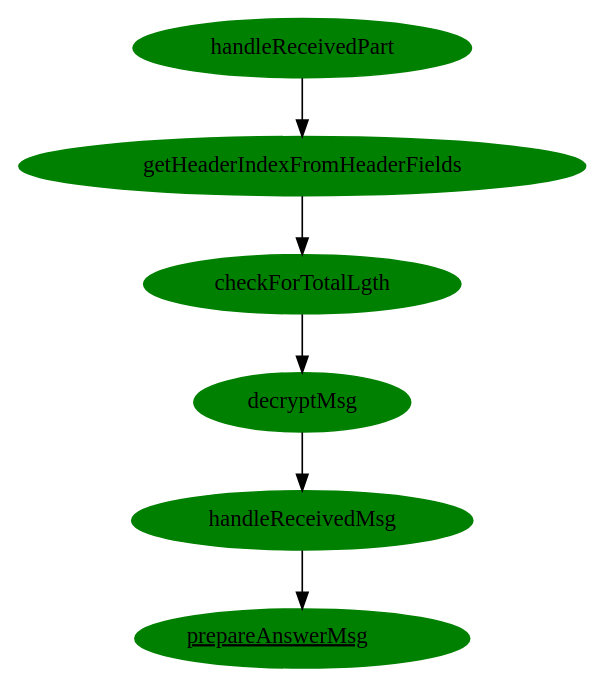
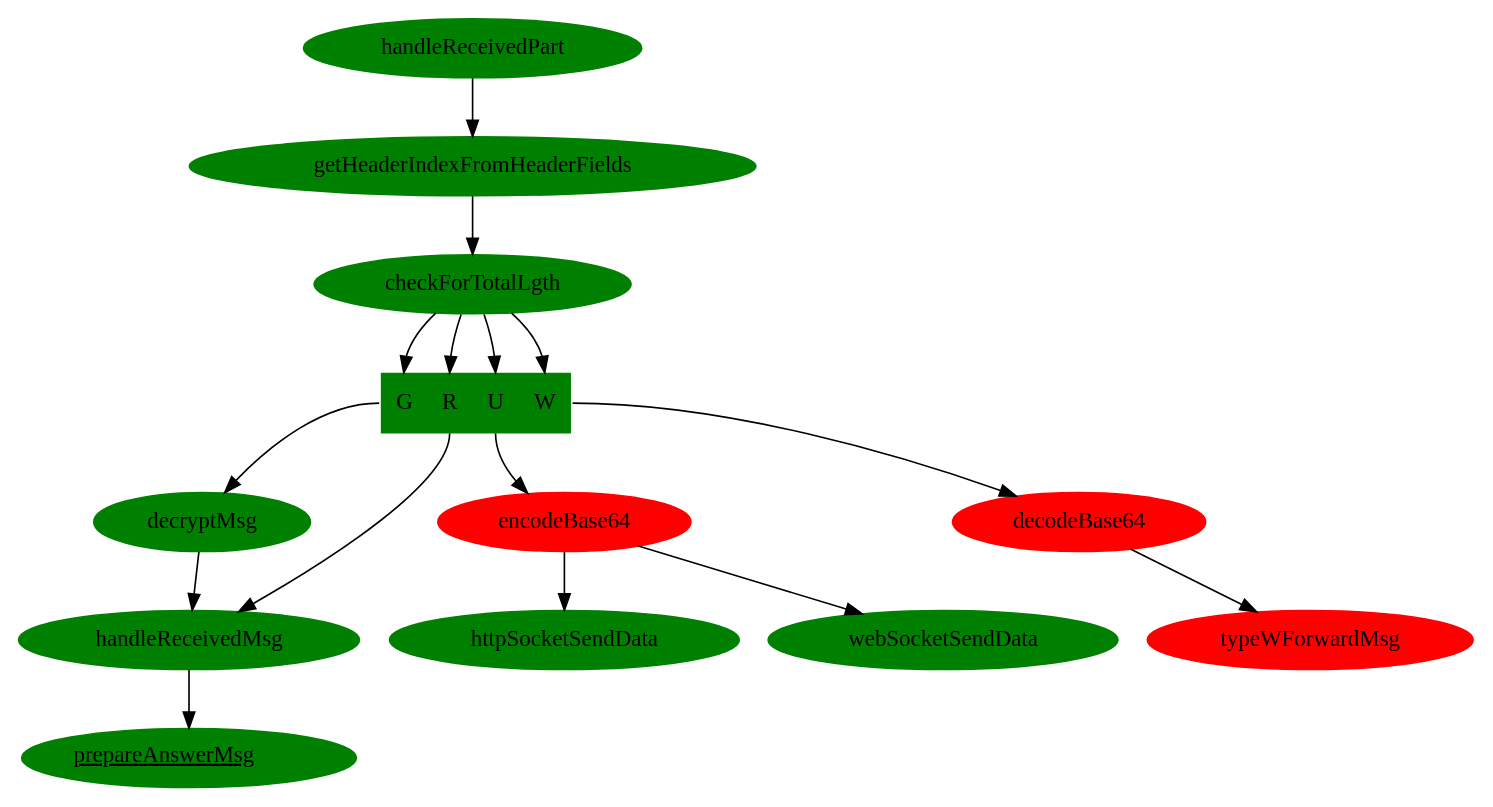
The diagram in dot_files/handleReceivedPart.dot (apwiede/nodemcu), drawn with Graphviz before and after one commit. The commit also changed 1 other file, not shown here.

```diff
--- a/dot_files/handleReceivedPart.dot
+++ b/dot_files/handleReceivedPart.dot
@@ -1,13 +1,29 @@
 digraph G3 {
   handleReceivedPart[style="filled", color="green"];
   getHeaderIndexFromHeaderFields[style="filled", color="green"];
   handleReceivedPart -> getHeaderIndexFromHeaderFields;
   getHeaderIndexFromHeaderFields -> checkForTotalLgth;
   checkForTotalLgth[style="filled", color="green"];
-  checkForTotalLgth -> decryptMsg;
+  checkForTotalLgth -> selectPath:f0;
+  checkForTotalLgth -> selectPath:f1;
+  checkForTotalLgth -> selectPath:f2;
+  checkForTotalLgth -> selectPath:f3;
+  selectPath [style="filled", color="green", shape=record, label="<f0> G|<f1> R|<f2> U|<f3> W"];
+  selectPath:f0 -> decryptMsg;
+  selectPath:f1 -> handleReceivedMsg;
+  encodeBase64[style="filled", color="red"];
+  selectPath:f2 -> encodeBase64;
+  decodeBase64[style="filled", color="red"];
+  selectPath:f3 -> decodeBase64;
+  httpSocketSendData[style="filled", color="green"];
+  webSocketSendData[style="filled", color="green"];
+  encodeBase64 -> httpSocketSendData;
+  encodeBase64 -> webSocketSendData;
+  typeWForwardMsg[style="filled", color="red"];
+  decodeBase64 -> typeWForwardMsg;
   decryptMsg[style="filled", color="green"];
   decryptMsg -> handleReceivedMsg;
   handleReceivedMsg[style="filled", color="green"];
   handleReceivedMsg -> prepareAnswerMsg;
   prepareAnswerMsg[style="filled", color="green", label=<<u>prepareAnswerMsg</u>> URL="\ref prepareAnswerMsg"];
 }  
```
